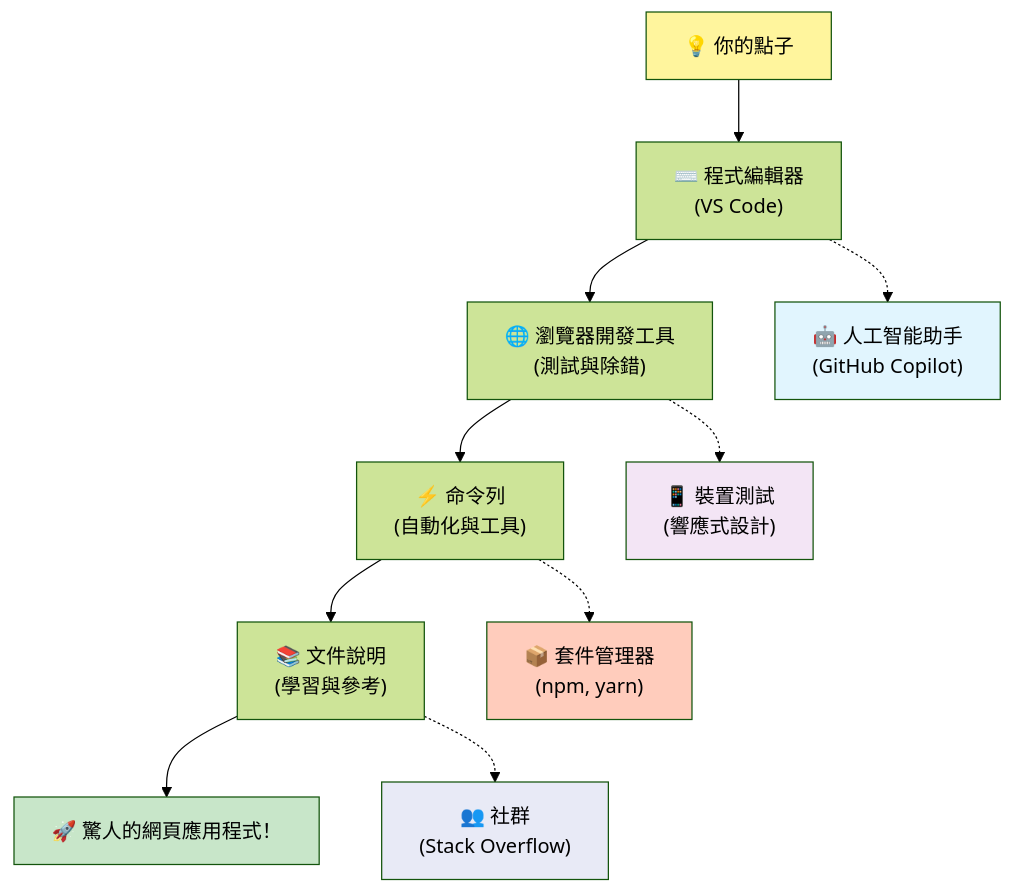
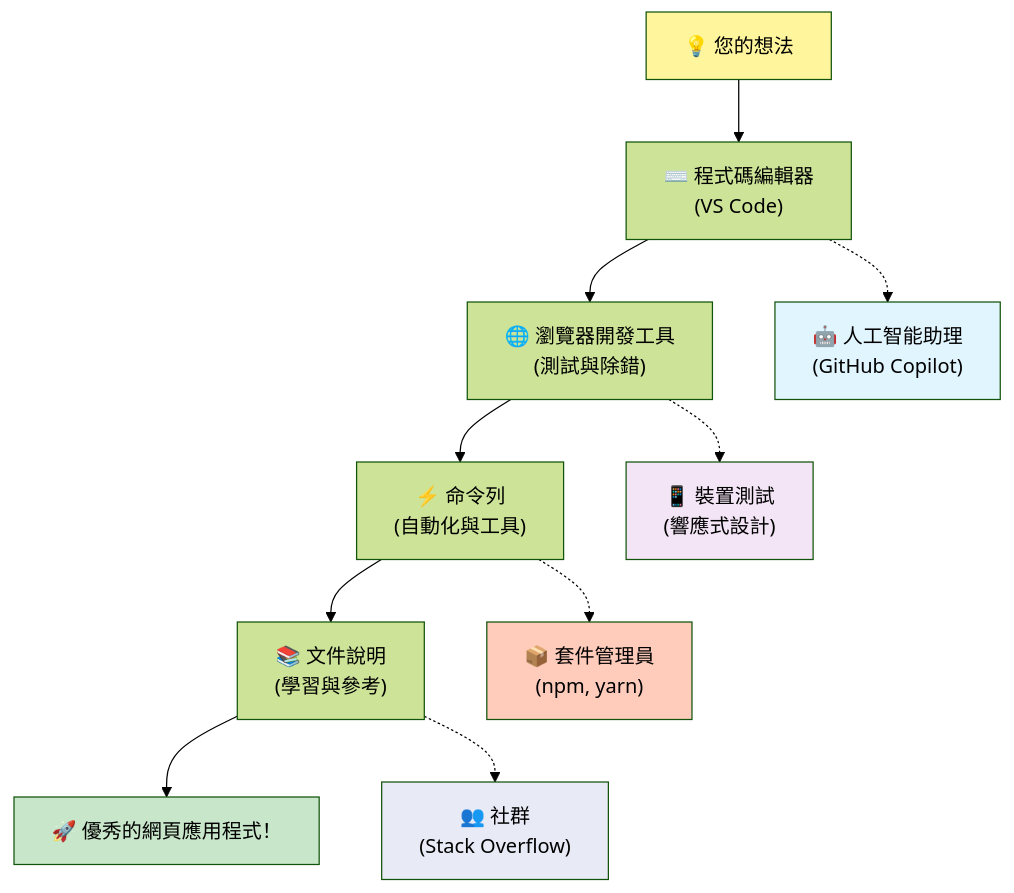
One commit to microsoft/Web-Dev-For-Beginners changed the fifth of 7 diagrams in translations/zh-MO/1-getting-started-lessons/1-intro-to-programming-languages/README.md. Above: the diagram before and after it, drawn with Mermaid (forest theme). The commit also changed other lines of this file and 8 other files, not shown here.

````diff
--- a/translations/zh-MO/1-getting-started-lessons/1-intro-to-programming-languages/README.md
+++ b/translations/zh-MO/1-getting-started-lessons/1-intro-to-programming-languages/README.md
@@ -487,20 +487,20 @@
 ```mermaid
 graph TD
-    A["💡 你的點子"] --> B["⌨️ 程式編輯器<br/>(VS Code)"] 
+    A["💡 您的想法"] --> B["⌨️ 程式碼編輯器<br/>(VS Code)"] 
     B --> C["🌐 瀏覽器開發工具<br/>(測試與除錯)"]
     C --> D["⚡ 命令列<br/>(自動化與工具)"]
     D --> E["📚 文件說明<br/>(學習與參考)"]
-    E --> F["🚀 驚人的網頁應用程式！"]
+    E --> F["🚀 優秀的網頁應用程式！"]
     
-    B -.-> G["🤖 人工智能助手<br/>(GitHub Copilot)"]
+    B -.-> G["🤖 人工智能助理<br/>(GitHub Copilot)"]
     C -.-> H["📱 裝置測試<br/>(響應式設計)"]
-    D -.-> I["📦 套件管理器<br/>(npm, yarn)"]
+    D -.-> I["📦 套件管理員<br/>(npm, yarn)"]
     E -.-> J["👥 社群<br/>(Stack Overflow)"]
     
     style A fill:#fff59d
     style F fill:#c8e6c9
     style G fill:#e1f5fe
     style H fill:#f3e5f5
     style I fill:#ffccbc
     style J fill:#e8eaf6
 ```
````
